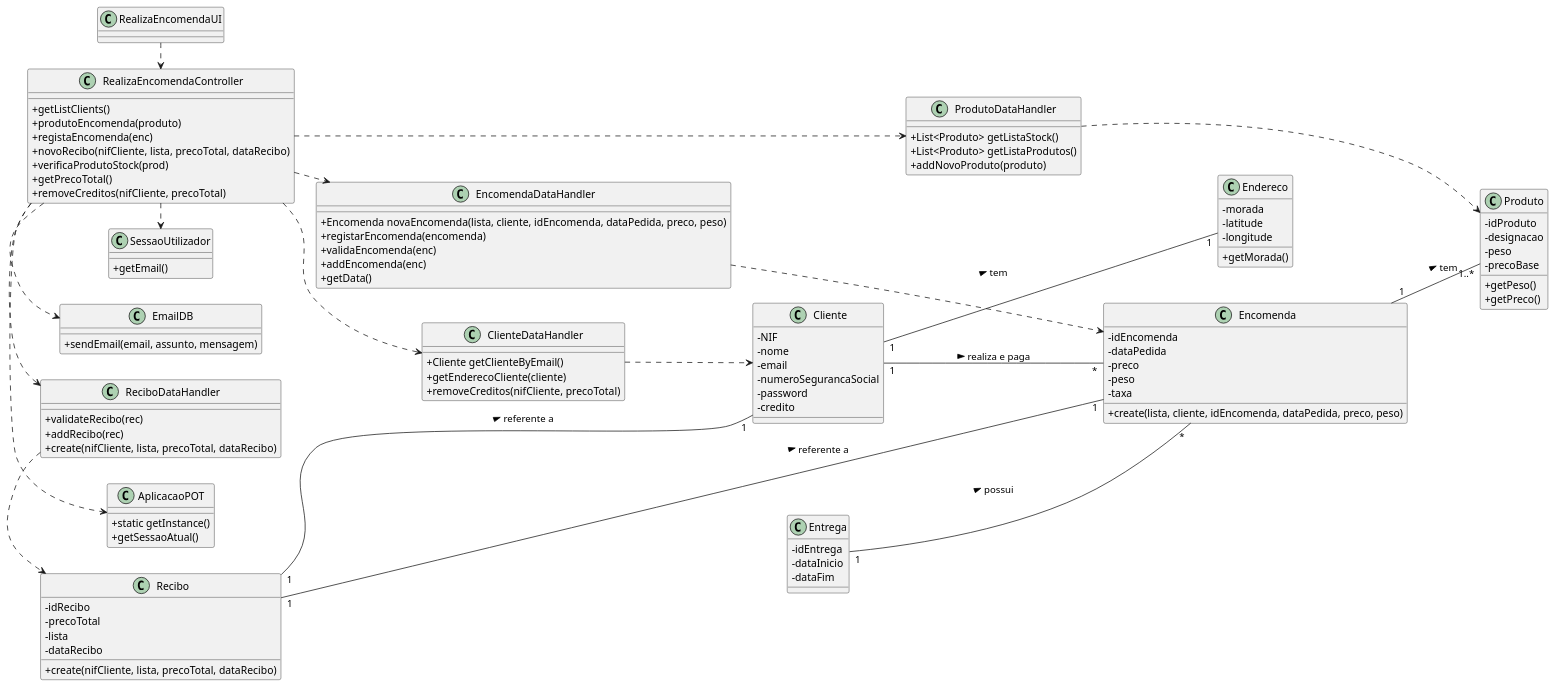
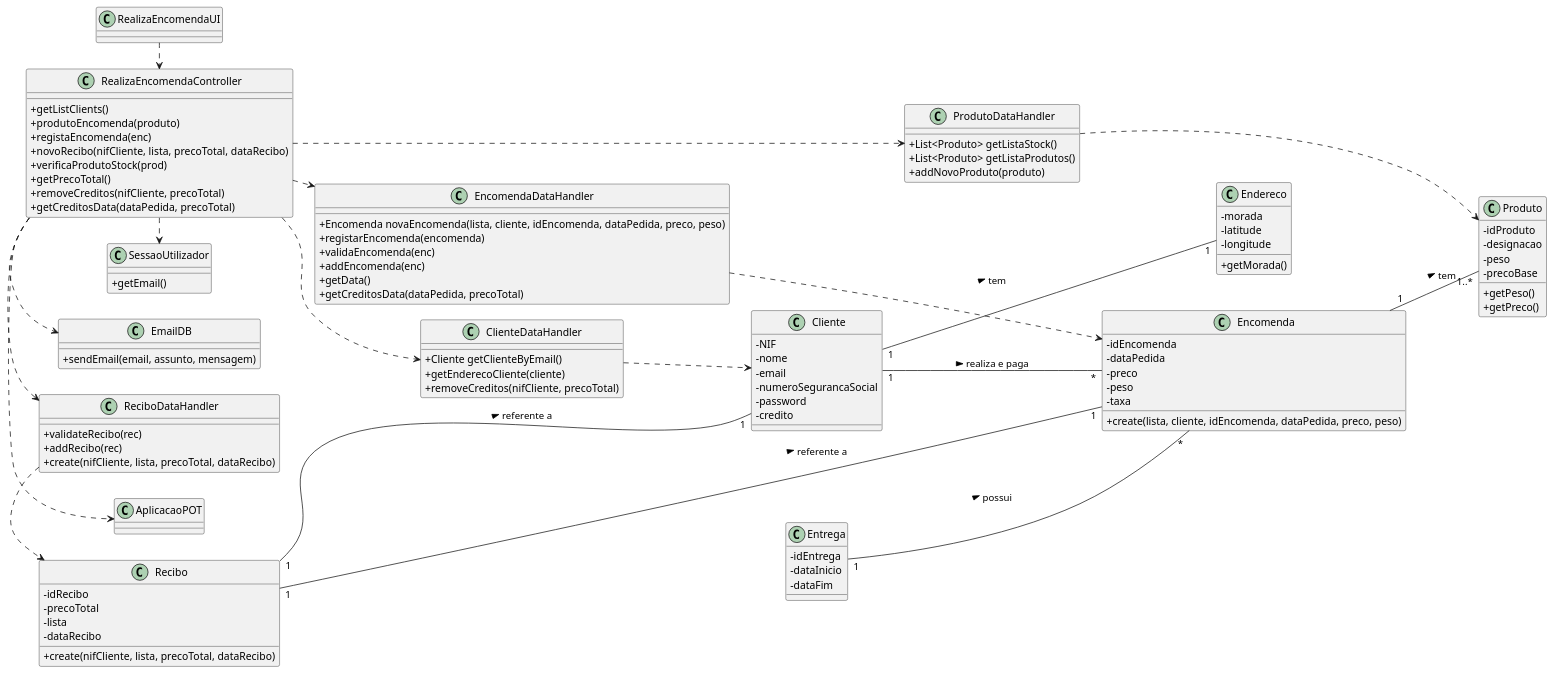
One commit to pedrolemos4/LAPR3 changed the diagram in docs/UC25/CD.puml. Above: the diagram before and after it, drawn with PlantUML. The commit also changed 3 other files, not shown here.

```diff
--- a/docs/UC25/CD.puml
+++ b/docs/UC25/CD.puml
@@ -1,130 +1,125 @@
 @startuml
 skinparam classAttributeIconSize 0
 left to right direction
 
 
 class RealizaEncomendaUI {
     
 }
 
 class RealizaEncomendaController {
     +getListClients()
     +produtoEncomenda(produto)
     +registaEncomenda(enc)
     +novoRecibo(nifCliente, lista, precoTotal, dataRecibo)
     +verificaProdutoStock(prod)
     +getPrecoTotal()
     +removeCreditos(nifCliente, precoTotal)
+    +getCreditosData(dataPedida, precoTotal)
 }
 
 class ClienteDataHandler {
     +Cliente getClienteByEmail()
     +getEnderecoCliente(cliente)
     +removeCreditos(nifCliente, precoTotal)
 }
 
 class EmailDB {
     +sendEmail(email, assunto, mensagem)
 }
 
 class ReciboDataHandler {
     +validateRecibo(rec)
     +addRecibo(rec)
     +create(nifCliente, lista, precoTotal, dataRecibo)
 }
 
 class ProdutoDataHandler {
     +List<Produto> getListaStock()
     +List<Produto> getListaProdutos()
     +addNovoProduto(produto)
 }
 
 class EncomendaDataHandler {
     +Encomenda novaEncomenda(lista, cliente, idEncomenda, dataPedida, preco, peso)
     +registarEncomenda(encomenda)
     +validaEncomenda(enc)
     +addEncomenda(enc)
     +getData()
-}
-
-class AplicacaoPOT{
-  +static getInstance()
-  +getSessaoAtual()
+    +getCreditosData(dataPedida, precoTotal)
 }
 
 class SessaoUtilizador{
   +getEmail()
 }
-
-
 
 class Entrega {
   -idEntrega
   -dataInicio
   -dataFim
 }
 
 class Recibo {
   -idRecibo
   -precoTotal
   -lista
   -dataRecibo
   +create(nifCliente, lista, precoTotal, dataRecibo)
 }
 
 class Encomenda {
   -idEncomenda
   -dataPedida
   -preco
   -peso
   -taxa
   +create(lista, cliente, idEncomenda, dataPedida, preco, peso)
 }
 
 class Produto {
     -idProduto
     -designacao
     -peso
     -precoBase
     +getPeso()
     +getPreco()
 }
 
 class Endereco {
   -morada
   -latitude
   -longitude
   +getMorada()
 }
 
 class Cliente {
   -NIF
   -nome
   -email
   -numeroSegurancaSocial
   -password
   -credito
 }
 
 RealizaEncomendaUI .> RealizaEncomendaController
 RealizaEncomendaController .> SessaoUtilizador
 RealizaEncomendaController .> AplicacaoPOT
 RealizaEncomendaController .> ClienteDataHandler
 RealizaEncomendaController .> ProdutoDataHandler
 RealizaEncomendaController .> EncomendaDataHandler
 RealizaEncomendaController .> ReciboDataHandler
 RealizaEncomendaController .> EmailDB
 
 ClienteDataHandler .> Cliente
 ProdutoDataHandler .> Produto
 EncomendaDataHandler .> Encomenda
 ReciboDataHandler .> Recibo
 
 Recibo "1" -- "1" Encomenda: referente a >
 Recibo "1" -- "1" Cliente: referente a >
 Entrega "1" -- "*" Encomenda : possui >
 Cliente "1" -- "*" Encomenda: realiza e paga >
 Encomenda "1" -- "1..*" Produto: tem >
 Cliente "1" -- "1" Endereco: tem >
 
 @enduml
```
